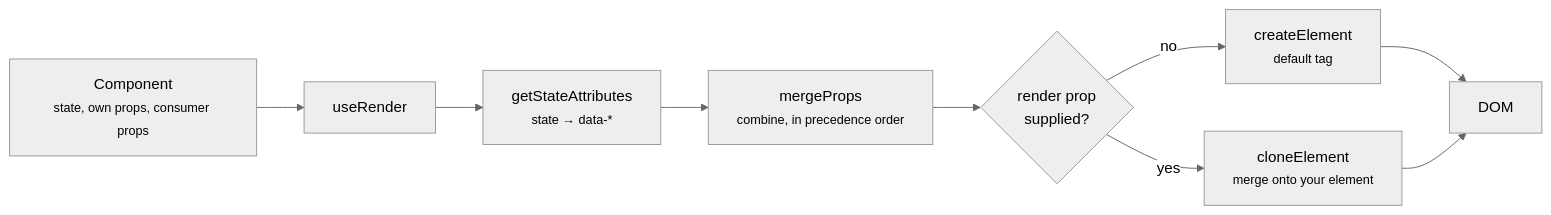
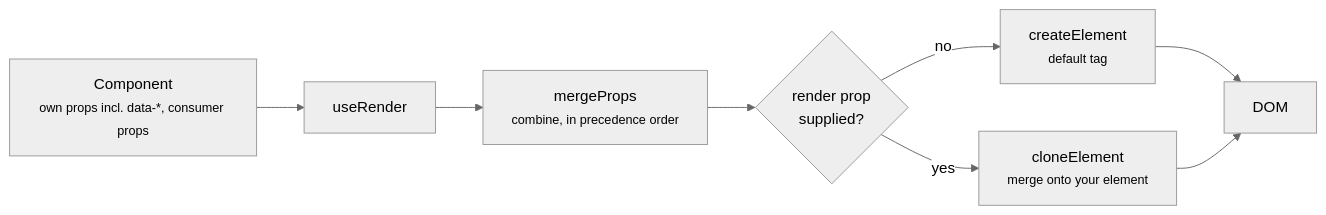
The diagram in apps/docs/src/diagrams/render-pipeline.mmd (arun9483/arun-design-system), drawn with Mermaid (neutral theme) before and after one commit. The commit also changed 40 other files, not shown here.

```diff
--- a/apps/docs/src/diagrams/render-pipeline.mmd
+++ b/apps/docs/src/diagrams/render-pipeline.mmd
@@ -1,9 +1,8 @@
 flowchart LR
-  A["Component<br/><small>state, own props, consumer props</small>"] --> B["useRender"]
-  B --> C["getStateAttributes<br/><small>state → data-*</small>"]
-  C --> D["mergeProps<br/><small>combine, in precedence order</small>"]
+  A["Component<br/><small>own props incl. data-*, consumer props</small>"] --> B["useRender"]
+  B --> D["mergeProps<br/><small>combine, in precedence order</small>"]
   D --> E{"render prop<br/>supplied?"}
   E -- no --> F["createElement<br/><small>default tag</small>"]
   E -- yes --> G["cloneElement<br/><small>merge onto your element</small>"]
   F --> H["DOM"]
   G --> H
```
